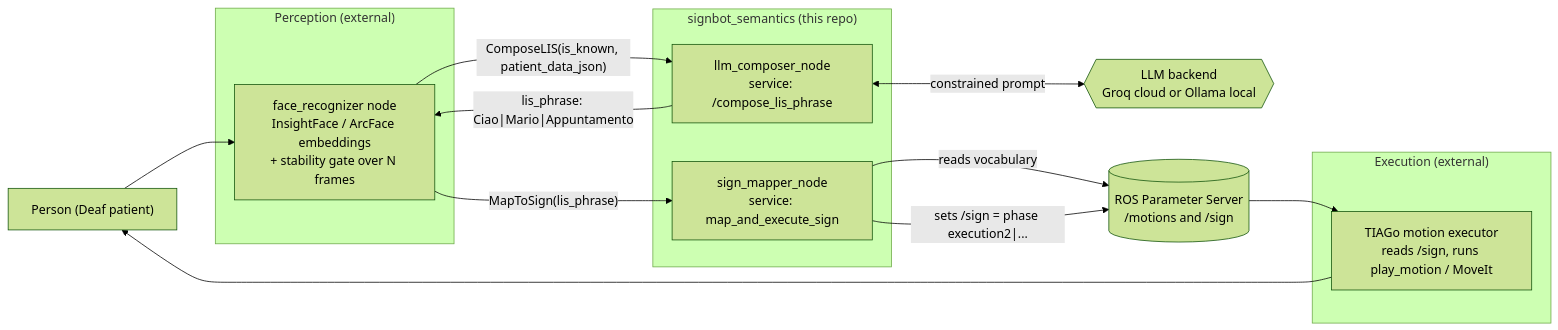
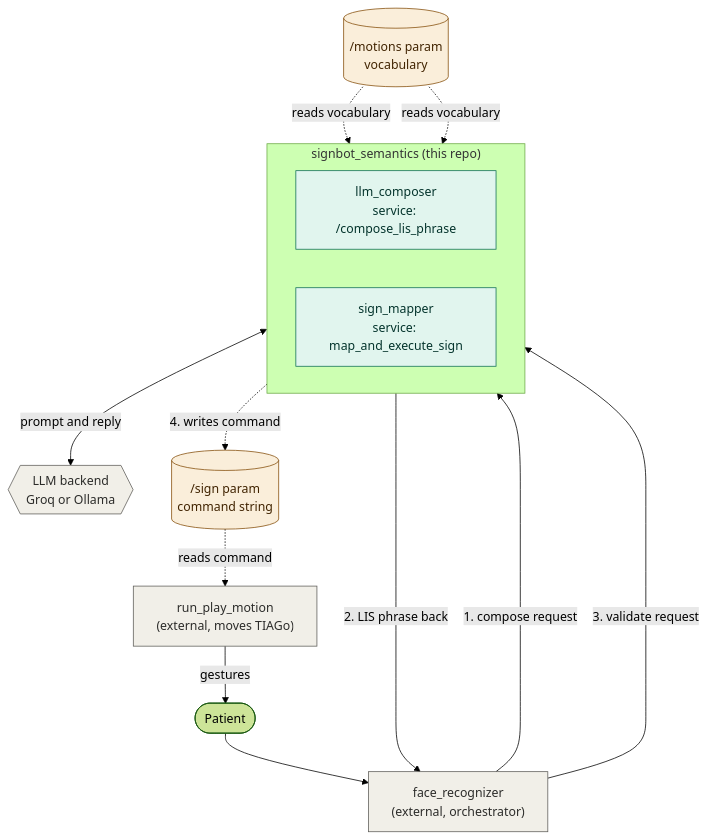
The diagram in README.md (AndreaBaldiExe/defender_me), drawn with Mermaid (forest theme) before and after one commit. The commit also changed other lines of this file, not shown here.

Commit message:
Fix formatting issues in README.md

````diff
--- a/README.md
+++ b/README.md
@@ -48,30 +48,34 @@
 ```mermaid
-flowchart LR
-    P["Person (Deaf patient)"]
+flowchart TB
+    P([Patient])
+    FR["face_recognizer<br/>(external, orchestrator)"]
 
-    subgraph EXT1["Perception (external)"]
-        FR["face_recognizer node<br/>InsightFace / ArcFace embeddings<br/>+ stability gate over N frames"]
+    subgraph SEM["signbot_semantics (this repo)"]
+        direction LR
+        COMP["llm_composer<br/>service: /compose_lis_phrase"]
+        MAP["sign_mapper<br/>service: map_and_execute_sign"]
     end
 
-    subgraph THIS["signbot_semantics (this repo)"]
-        COMP["llm_composer_node<br/>service: /compose_lis_phrase"]
-        MAP["sign_mapper_node<br/>service: map_and_execute_sign"]
-    end
-
-    LLM{{"LLM backend<br/>Groq cloud or Ollama local"}}
-    PARAM[("ROS Parameter Server<br/>/motions and /sign")]
-
-    subgraph EXT2["Execution (external)"]
-        EXEC["TIAGo motion executor<br/>reads /sign, runs play_motion / MoveIt"]
-    end
+    LLM{{"LLM backend<br/>Groq or Ollama"}}
+    EXEC["run_play_motion<br/>(external, moves TIAGo)"]
+    MOT[("/motions param<br/>vocabulary")]
+    SGN[("/sign param<br/>command string")]
 
     P --> FR
-    FR -- "ComposeLIS(is_known, patient_data_json)" --> COMP
-    COMP <-- "constrained prompt" --> LLM
-    COMP -- "lis_phrase: Ciao|Mario|Appuntamento" --> FR
-    FR -- "MapToSign(lis_phrase)" --> MAP
-    MAP -- "reads vocabulary" --> PARAM
-    MAP -- "sets /sign = phase execution2|..." --> PARAM
-    PARAM --> EXEC
-    EXEC --> P
+    FR -->|"1. compose request"| COMP
+    COMP <-->|"prompt and reply"| LLM
+    COMP -->|"2. LIS phrase back"| FR
+    FR -->|"3. validate request"| MAP
+    MOT -.->|"reads vocabulary"| COMP
+    MOT -.->|"reads vocabulary"| MAP
+    MAP -.->|"4. writes command"| SGN
+    SGN -.->|"reads command"| EXEC
+    EXEC -->|"gestures"| P
+
+    classDef repo fill:#E1F5EE,stroke:#0F6E56,color:#04342C;
+    classDef ext fill:#F1EFE8,stroke:#5F5E5A,color:#2C2C2A;
+    classDef param fill:#FAEEDA,stroke:#854F0B,color:#412402;
+    class COMP,MAP repo
+    class FR,EXEC,LLM ext
+    class MOT,SGN param
 ```
````
